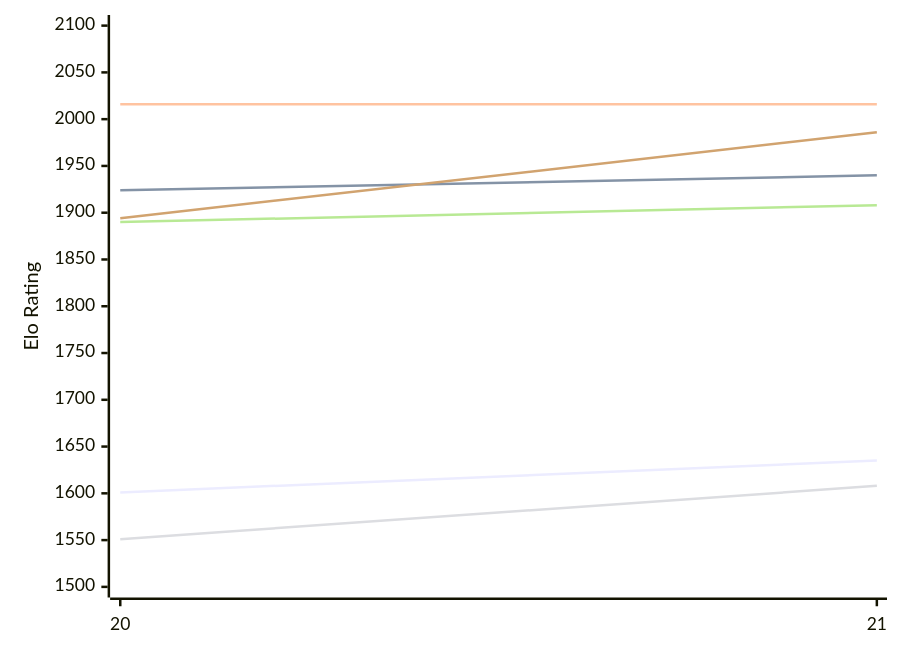
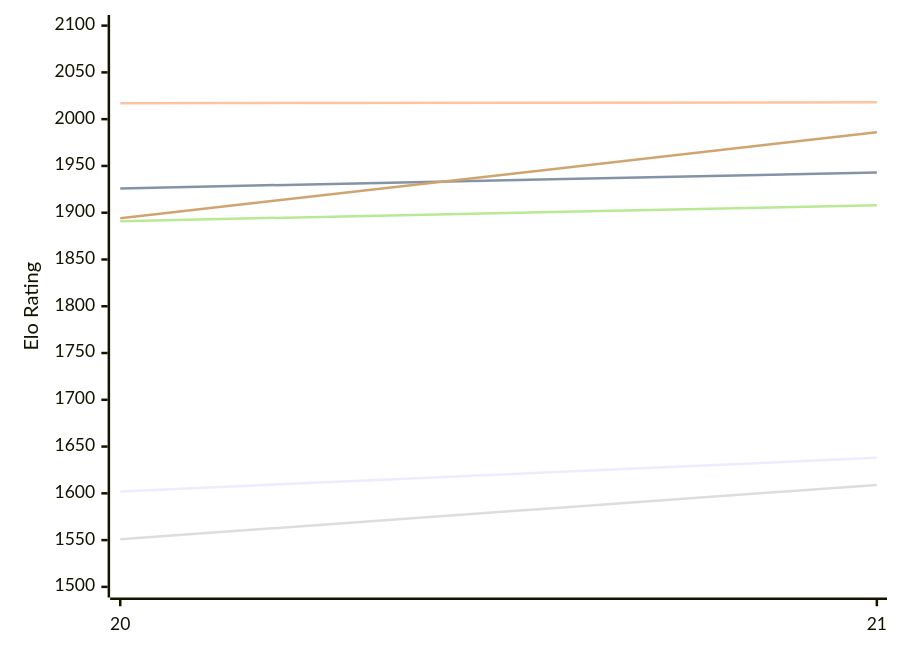
The first of 2 diagrams in engines/PurplePanda.md (computer-chess-index/cci), drawn with Mermaid before and after one commit. The commit also changed other lines of this file, not shown here.

Commit message:
Update CCI Ratings (ELO VLTC) - 2026-11-19

````diff
--- a/engines/PurplePanda.md
+++ b/engines/PurplePanda.md
@@ -50,12 +50,12 @@
 ```mermaid
 %%{init: {"theme":"base","themeVariables":{"seriesColors:['#a3a3a3','#222221','#faa371']}}}%%
 xychart-beta
   x-axis ["20", "21"]
   y-axis "Elo Rating" 1500 --> 2100
-  line "E1: STC (8.0+0.08s)" [1601, 1635]
-  line "E1: LTC (60.0+0.60s)" [1924, 1940]
-  line "E1: VLTC (2m24s+1.12s)" [2016, 2016]
-  line "P1: STC (8.0+0.08s)" [1551, 1608]
-  line "P1: LTC (60.0+0.60s)" [1890, 1908]
+  line "E1: STC (8.0+0.08s)" [1602, 1638]
+  line "E1: LTC (60.0+0.60s)" [1926, 1943]
+  line "E1: VLTC (2m24s+1.12s)" [2017, 2018]
+  line "P1: STC (8.0+0.08s)" [1551, 1609]
+  line "P1: LTC (60.0+0.60s)" [1891, 1908]
   line "P1: VLTC (2m24s+1.12s)" [1894, 1986]
 ```
````
